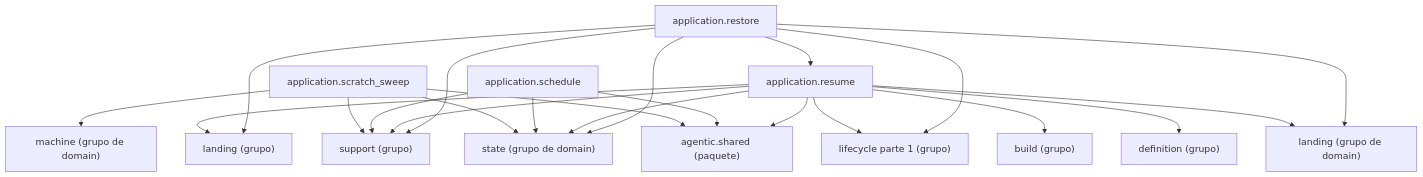
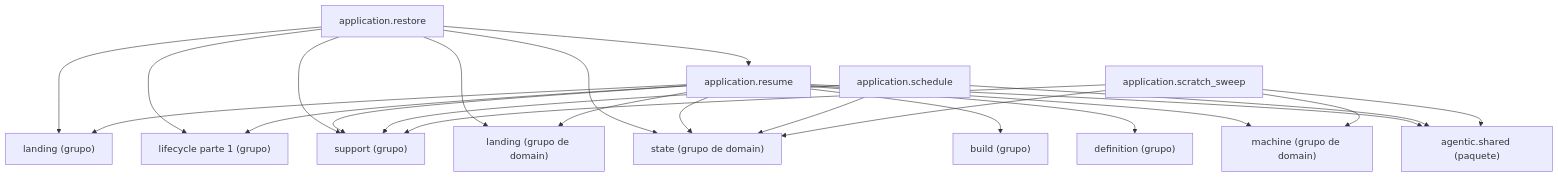
One commit to GonzaloZevallos/agentic-system changed the diagram in docs/architecture/generated/packages-process-application-lifecycle-2.md. Above: the diagram before and after it, drawn with Mermaid. The commit also changed 3 other files, not shown here.

Commit message:
Regenerate the architecture docs for domain.retakes

````diff
--- a/docs/architecture/generated/packages-process-application-lifecycle-2.md
+++ b/docs/architecture/generated/packages-process-application-lifecycle-2.md
@@ -16,37 +16,38 @@
 ```mermaid
 graph TD
     g_application__build["build (grupo)"]
     g_application__definition["definition (grupo)"]
     g_application__landing["landing (grupo)"]
     g_application__lifecycle__1["lifecycle parte 1 (grupo)"]
     g_application__support["support (grupo)"]
     g_domain__landing["landing (grupo de domain)"]
     g_domain__machine["machine (grupo de domain)"]
     g_domain__state["state (grupo de domain)"]
     g_pkg__agentic__shared["agentic.shared (paquete)"]
     m_application__restore["application.restore"]
     m_application__resume["application.resume"]
     m_application__schedule["application.schedule"]
     m_application__scratch_sweep["application.scratch_sweep"]
     m_application__restore --> g_application__landing
     m_application__restore --> g_application__lifecycle__1
     m_application__restore --> g_application__support
     m_application__restore --> g_domain__landing
     m_application__restore --> g_domain__state
     m_application__restore --> m_application__resume
     m_application__resume --> g_application__build
     m_application__resume --> g_application__definition
     m_application__resume --> g_application__landing
     m_application__resume --> g_application__lifecycle__1
     m_application__resume --> g_application__support
     m_application__resume --> g_domain__landing
+    m_application__resume --> g_domain__machine
     m_application__resume --> g_domain__state
     m_application__resume --> g_pkg__agentic__shared
     m_application__schedule --> g_application__support
     m_application__schedule --> g_domain__state
     m_application__schedule --> g_pkg__agentic__shared
     m_application__scratch_sweep --> g_application__support
     m_application__scratch_sweep --> g_domain__machine
     m_application__scratch_sweep --> g_domain__state
     m_application__scratch_sweep --> g_pkg__agentic__shared
 ```
````
